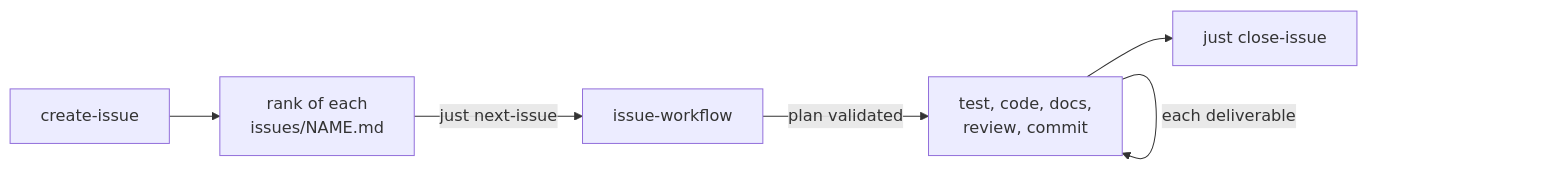
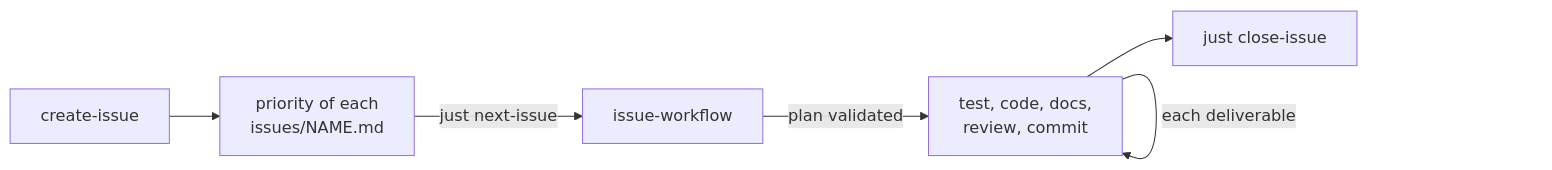
The second of 2 diagrams in README.md (Electron-libre/cardinal), drawn with Mermaid before and after one commit. The commit also changed 17 other files, not shown here.

````diff
--- a/README.md
+++ b/README.md
@@ -66,8 +66,8 @@
 ```mermaid
 flowchart LR
-  create["create-issue"] --> queue["rank of each<br/>issues/NAME.md"]
+  create["create-issue"] --> queue["priority of each<br/>issues/NAME.md"]
   queue -->|just next-issue| work["issue-workflow"]
   work -->|plan validated| deliver["test, code, docs,<br/>review, commit"]
   deliver -->|each deliverable| deliver
   deliver --> close["just close-issue"]
 ```
````
